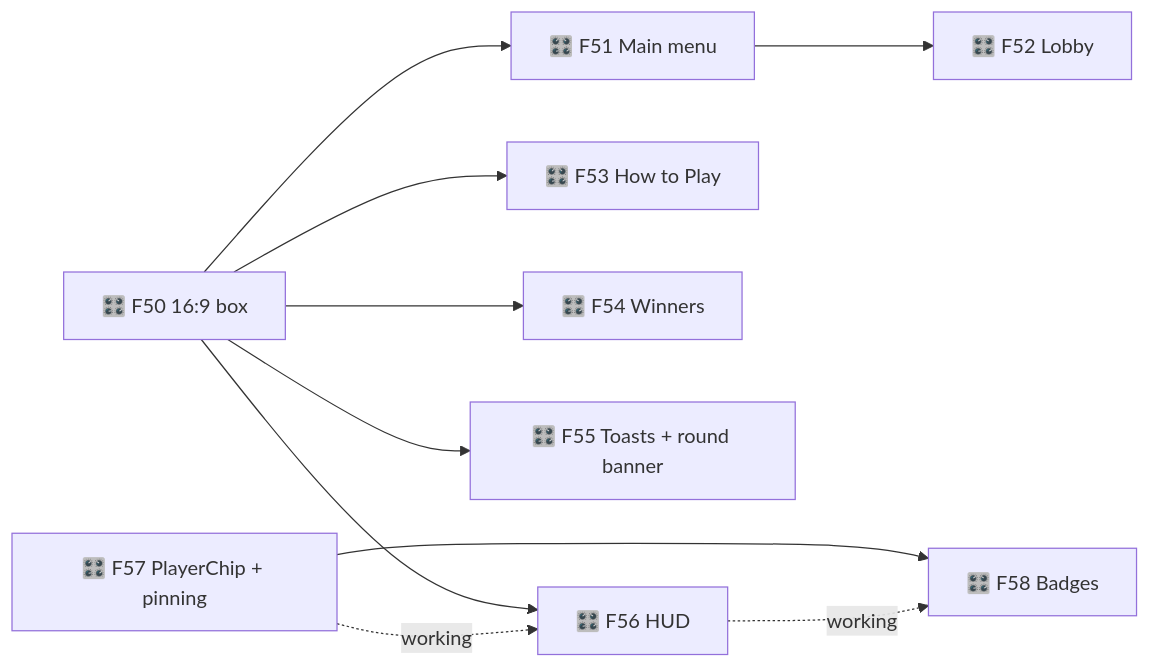
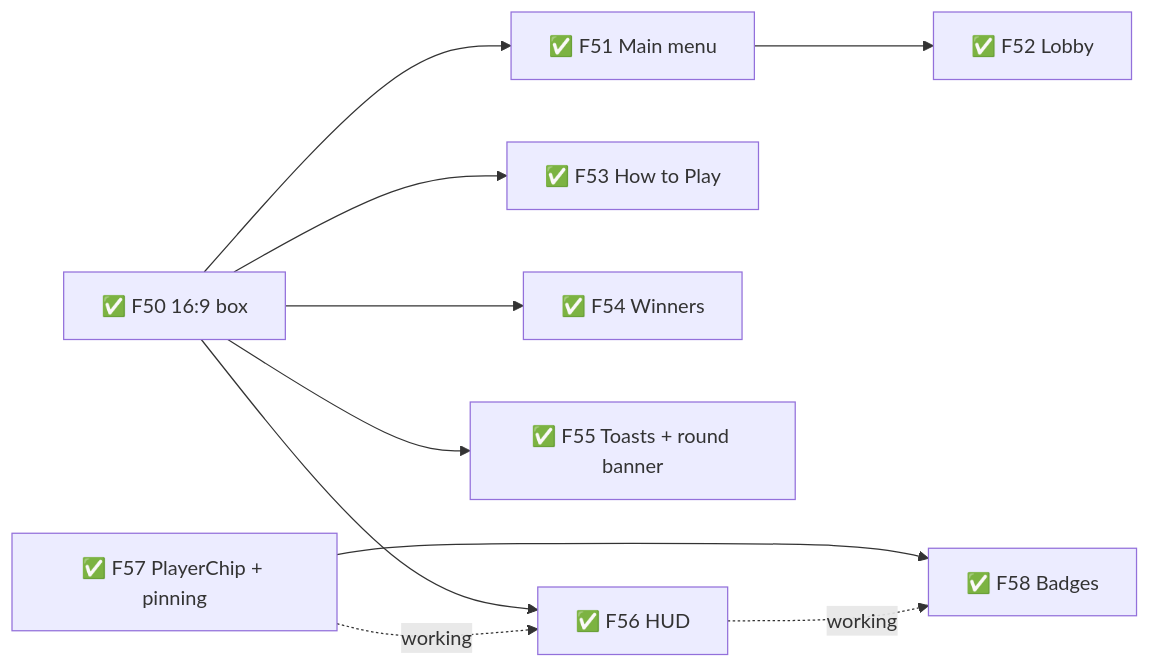
One commit to TheBlueMuzzy/roll-better changed the second of 2 diagrams in .planning/ROADMAP.md. Above: the diagram before and after it, drawn with Mermaid. The commit also changed other lines of this file and 3 other files, not shown here.

````diff
--- a/.planning/ROADMAP.md
+++ b/.planning/ROADMAP.md
@@ -55,12 +55,12 @@
 ```mermaid
 flowchart LR
-  F50[🎛️ F50 16:9 box] --> F51[🎛️ F51 Main menu]
-  F51 --> F52[🎛️ F52 Lobby]
-  F50 --> F53[🎛️ F53 How to Play]
-  F50 --> F54[🎛️ F54 Winners]
-  F50 --> F55[🎛️ F55 Toasts + round banner]
-  F50 --> F56[🎛️ F56 HUD]
-  F57[🎛️ F57 PlayerChip + pinning] --> F58[🎛️ F58 Badges]
+  F50[✅ F50 16:9 box] --> F51[✅ F51 Main menu]
+  F51 --> F52[✅ F52 Lobby]
+  F50 --> F53[✅ F53 How to Play]
+  F50 --> F54[✅ F54 Winners]
+  F50 --> F55[✅ F55 Toasts + round banner]
+  F50 --> F56[✅ F56 HUD]
+  F57[✅ F57 PlayerChip + pinning] --> F58[✅ F58 Badges]
   F56 -.working.-> F58
   F57 -.working.-> F56
 ```
````
